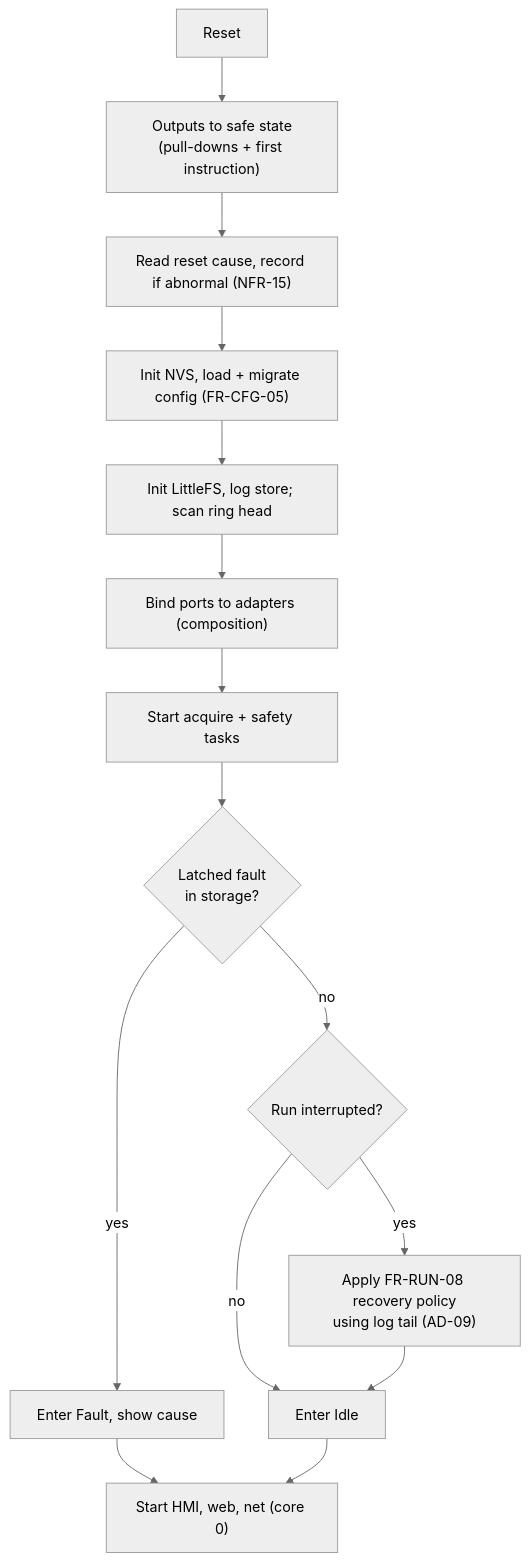
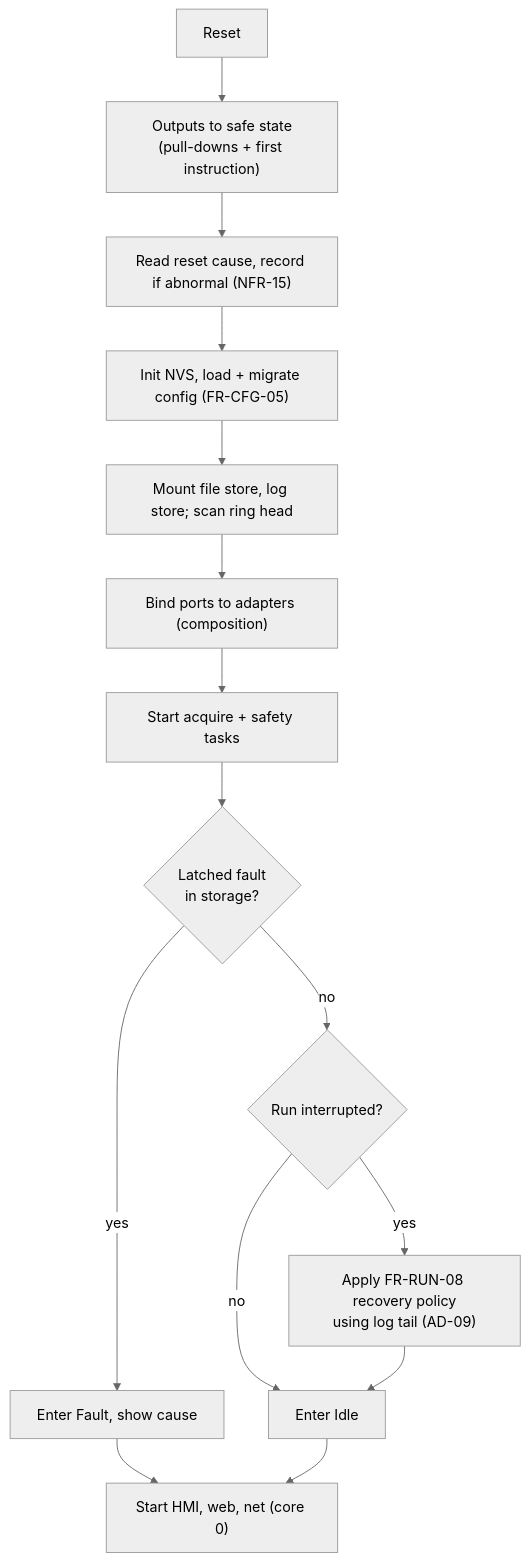
One commit to bitcrushtesting/SafeKilnController changed the fourth of 7 diagrams in docs/architecture.md. Above: the diagram before and after it, drawn with Mermaid (neutral theme). The commit also changed other lines of this file and 94 other files, not shown here.

````diff
--- a/docs/architecture.md
+++ b/docs/architecture.md
@@ -283,17 +284,17 @@
 ```mermaid
 flowchart TD
     A["Reset"] --> B["Outputs to safe state<br/>(pull-downs + first instruction)"]
     B --> C["Read reset cause, record if abnormal (NFR-15)"]
     C --> D["Init NVS, load + migrate config (FR-CFG-05)"]
-    D --> E["Init LittleFS, log store; scan ring head"]
+    D --> E["Mount file store, log store; scan ring head"]
     E --> F["Bind ports to adapters (composition)"]
     F --> G["Start acquire + safety tasks"]
     G --> H{"Latched fault<br/>in storage?"}
     H -->|yes| I["Enter Fault, show cause"]
     H -->|no| J{"Run interrupted?"}
     J -->|yes| K["Apply FR-RUN-08 recovery policy<br/>using log tail (AD-09)"]
     J -->|no| L["Enter Idle"]
     K --> L
     I --> M["Start HMI, web, net (core 0)"]
     L --> M
 ```
````
